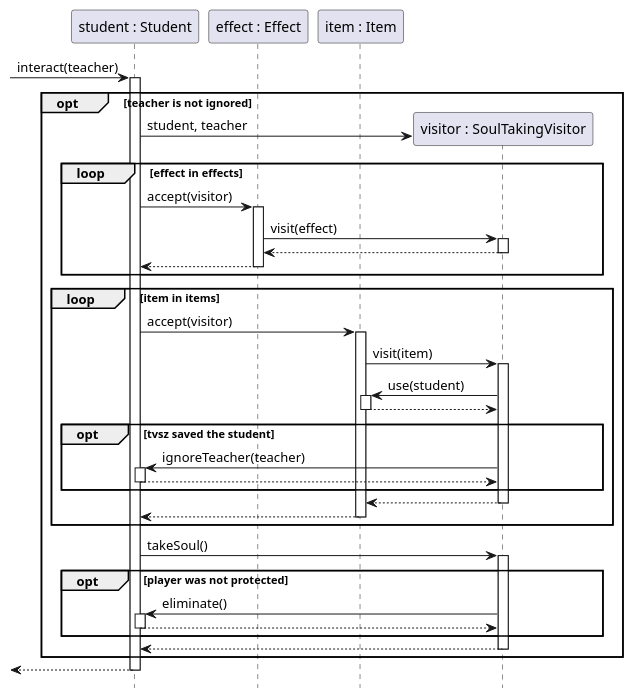
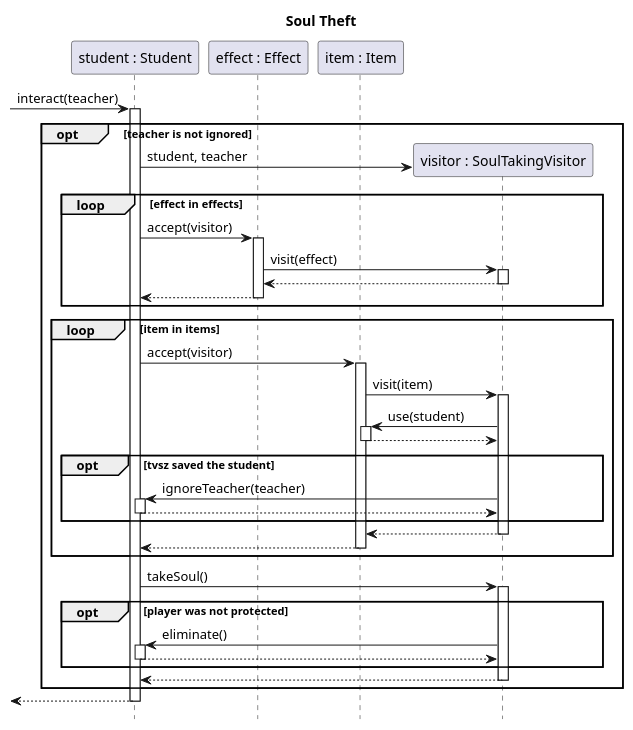
The diagram in docs/diagrams/sequence/soul-theft.puml (sn4k3ch4rm3r/logarlec), drawn with PlantUML before and after one commit. The commit also changed 8 other files, not shown here.

Commit message:
Added title to the diagrams

```diff
--- a/docs/diagrams/sequence/soul-theft.puml
+++ b/docs/diagrams/sequence/soul-theft.puml
@@ -1,41 +1,41 @@
 @startuml soul-theft
-
+title Soul Theft
 hide footbox
 
 participant "student : Student" as s
 participant "effect : Effect" as e
 participant "item : Item" as i
 
 [-> s ++ : interact(teacher)
 opt teacher is not ignored
 	create "visitor : SoulTakingVisitor" as v
 	s -> v : student, teacher
 	loop effect in effects
 		s -> e ++: accept(visitor)
 		e -> v ++: visit(effect)
 		v --> e --
 		e --> s --
 	end
 	loop item in items
 		s -> i ++: accept(visitor)
 		i -> v ++: visit(item)
 		v -> i ++: use(student)
 		i --> v --
 		opt tvsz saved the student
 			v -> s ++ : ignoreTeacher(teacher)
 			s --> v --
 		end
 		v --> i --
 		i --> s --
 	end
 
 	s -> v ++: takeSoul()
 	opt player was not protected
 	v -> s ++: eliminate()
 	s --> v --
 	end 
 	v --> s --
 end
 [<-- s --
 
 @enduml
```
